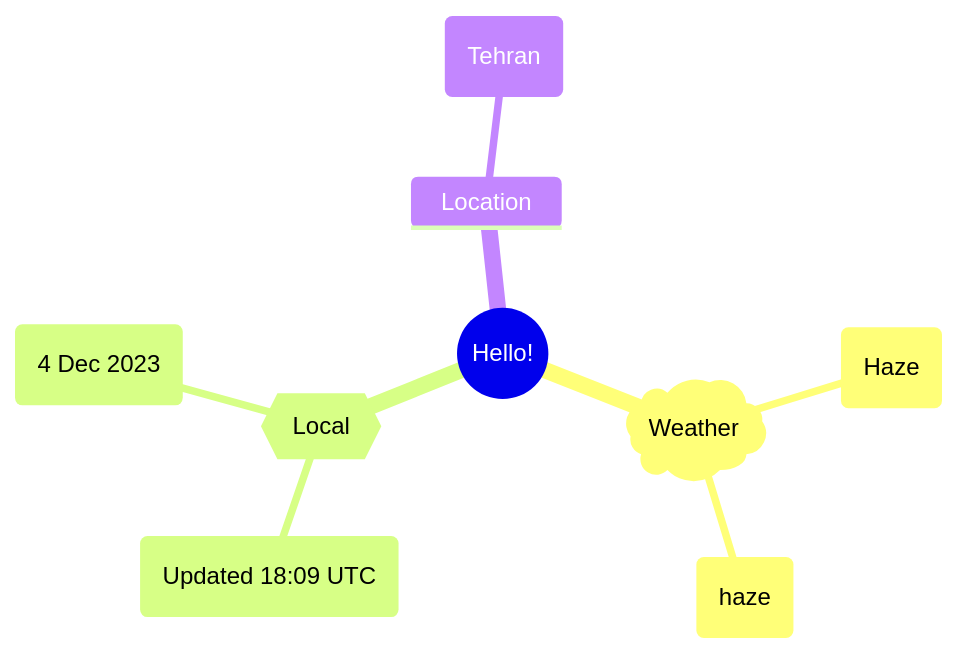
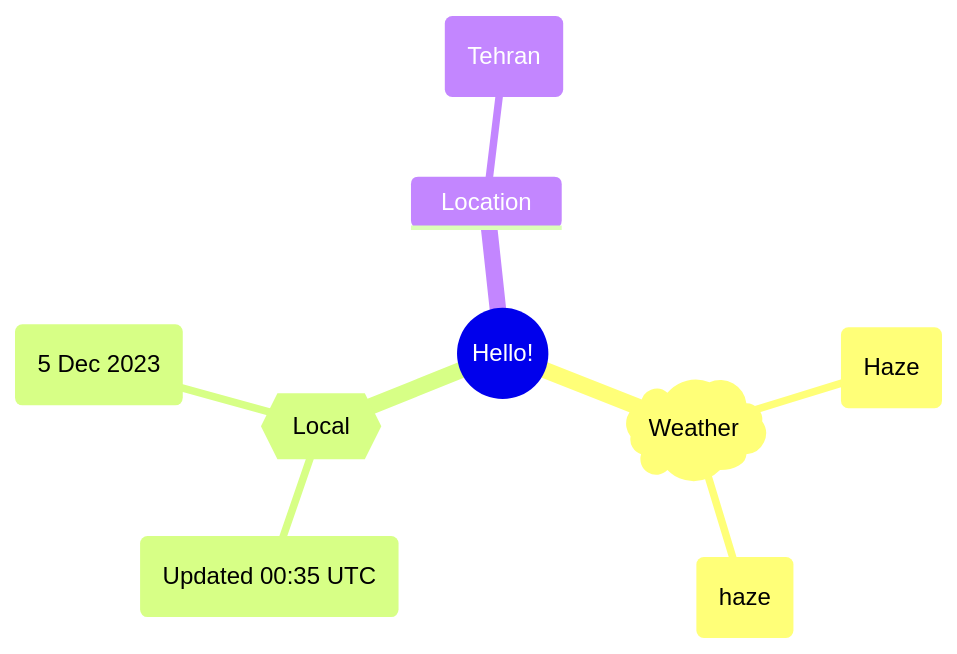
One commit to Xosrov/Xosrov changed the first of 2 diagrams in README.md. Above: the diagram before and after it, drawn with Mermaid.

Commit message:
[bot] updated images

````diff
--- a/README.md
+++ b/README.md
@@ -3,12 +3,12 @@
 ```mermaid
 mindmap
   root((Hello!))
     )Weather(
         (Haze)
         (haze)
     {{Local}}
-        (Updated 18:09 UTC)
-        (4 Dec 2023)
+        (Updated 00:35 UTC)
+        (5 Dec 2023)
     Location
         (Tehran)
 ```
````
